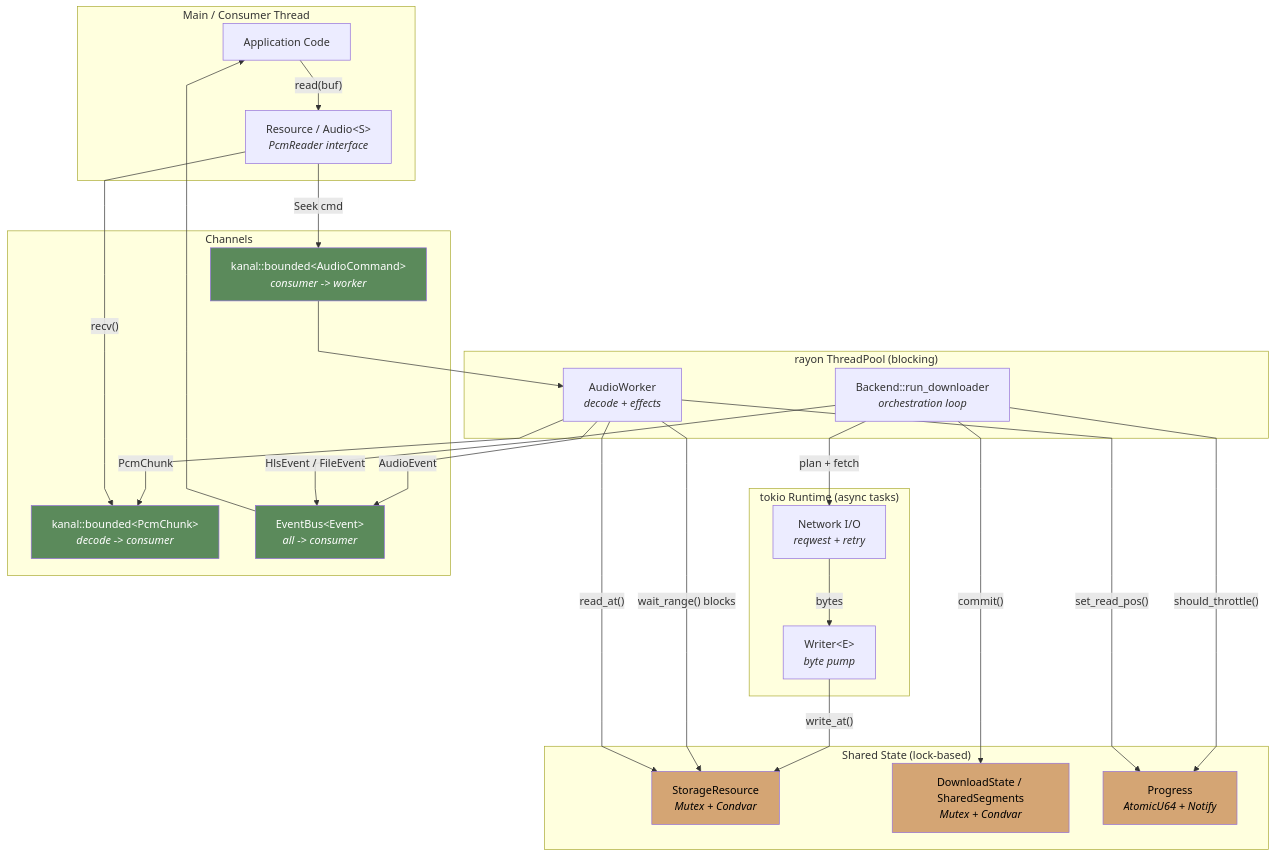
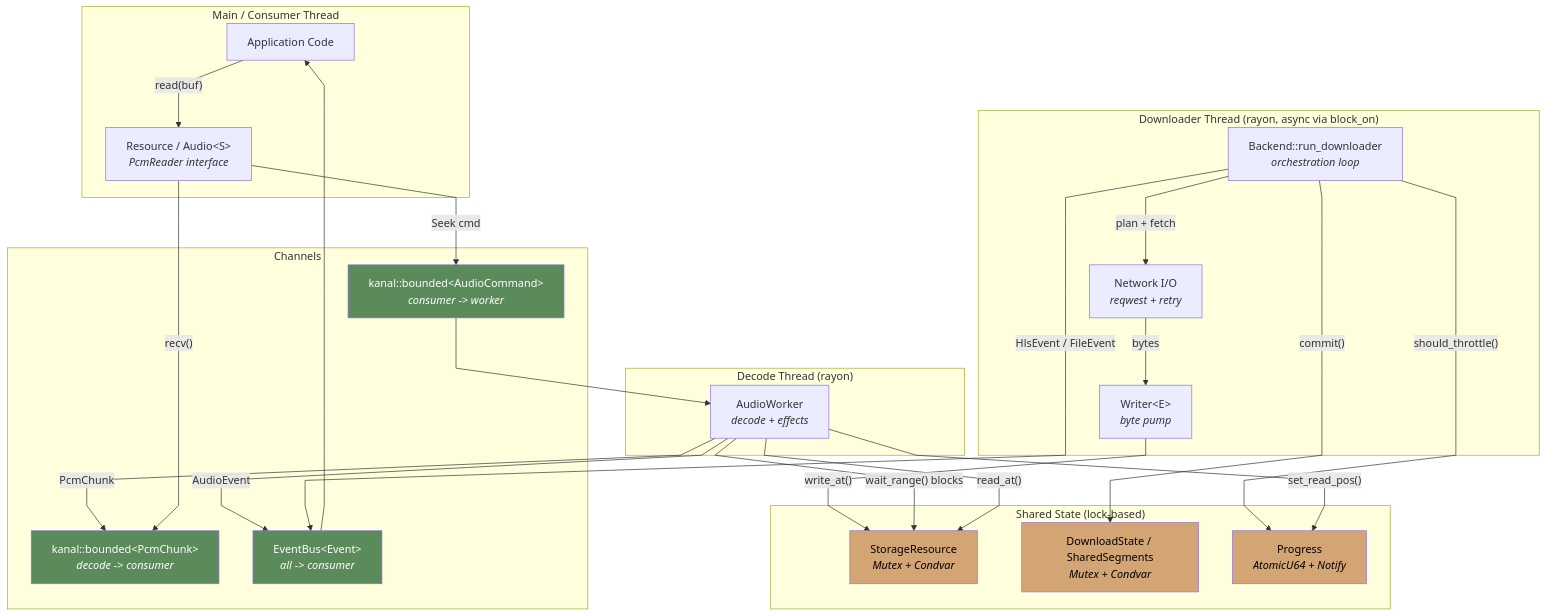
Before and after one commit to zvuk/kithara: the first of 2 diagrams in crates/kithara-audio/README.md, drawn with Mermaid. The commit also changed other lines of this file, not shown here.

Commit message:
Fix threading model diagram: downloader runs on rayon, not tokio
Backend::run_downloader is spawned on a rayon thread via
pool.spawn(|| handle.block_on(...)). Network I/O and Writer run
inside that same rayon thread's async context, not as separate
tokio-spawned tasks. Restructure the diagram to show the actual
thread boundaries: one rayon thread for downloader (with async I/O
via block_on), another rayon thread for decode worker.

https://claude.ai/code/session_01RSrxmFrFtHBHD39bim4uoJ

````diff
--- a/crates/kithara-audio/README.md
+++ b/crates/kithara-audio/README.md
@@ -40,58 +40,58 @@
 ```mermaid
 %%{init: {"flowchart": {"curve": "linear"}} }%%
 graph TB
     subgraph "Main / Consumer Thread"
         App["Application Code"]
         Resource["Resource / Audio&lt;S&gt;<br/><i>PcmReader interface</i>"]
         App -- "read(buf)" --> Resource
     end
 
-    subgraph "tokio Runtime (async tasks)"
+    subgraph "Downloader Thread (rayon, async via block_on)"
+        DLLoop["Backend::run_downloader<br/><i>orchestration loop</i>"]
         NetTask["Network I/O<br/><i>reqwest + retry</i>"]
         WriterTask["Writer&lt;E&gt;<br/><i>byte pump</i>"]
+        DLLoop -- "plan + fetch" --> NetTask
+        NetTask -- "bytes" --> WriterTask
     end
 
-    subgraph "rayon ThreadPool (blocking)"
-        DLLoop["Backend::run_downloader<br/><i>orchestration loop</i>"]
+    subgraph "Decode Thread (rayon)"
         DecodeWorker["AudioWorker<br/><i>decode + effects</i>"]
     end
 
     subgraph "Shared State (lock-based)"
         StorageRes["StorageResource<br/><i>Mutex + Condvar</i>"]
         SegIdx["DownloadState / SharedSegments<br/><i>Mutex + Condvar</i>"]
         Progress["Progress<br/><i>AtomicU64 + Notify</i>"]
     end
 
     subgraph "Channels"
         PcmChan["kanal::bounded&lt;PcmChunk&gt;<br/><i>decode -> consumer</i>"]
         CmdChan["kanal::bounded&lt;AudioCommand&gt;<br/><i>consumer -> worker</i>"]
         EventChan["EventBus&lt;Event&gt;<br/><i>all -> consumer</i>"]
     end
 
-    DLLoop -- "plan + fetch" --> NetTask
-    NetTask -- "bytes" --> WriterTask
     WriterTask -- "write_at()" --> StorageRes
     DLLoop -- "commit()" --> SegIdx
 
     DecodeWorker -- "wait_range() blocks" --> StorageRes
     DecodeWorker -- "read_at()" --> StorageRes
     DecodeWorker -- "PcmChunk" --> PcmChan
     Resource -- "recv()" --> PcmChan
 
     Resource -- "Seek cmd" --> CmdChan
     CmdChan --> DecodeWorker
 
     DecodeWorker -- "AudioEvent" --> EventChan
     DLLoop -- "HlsEvent / FileEvent" --> EventChan
     EventChan --> App
 
     DLLoop -- "should_throttle()" --> Progress
     DecodeWorker -- "set_read_pos()" --> Progress
 
     style StorageRes fill:#d4a574,color:#000
     style SegIdx fill:#d4a574,color:#000
     style Progress fill:#d4a574,color:#000
     style PcmChan fill:#5b8a5b,color:#fff
     style CmdChan fill:#5b8a5b,color:#fff
     style EventChan fill:#5b8a5b,color:#fff
 ```
````
